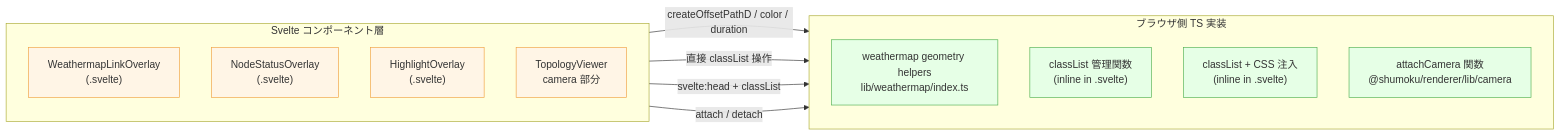
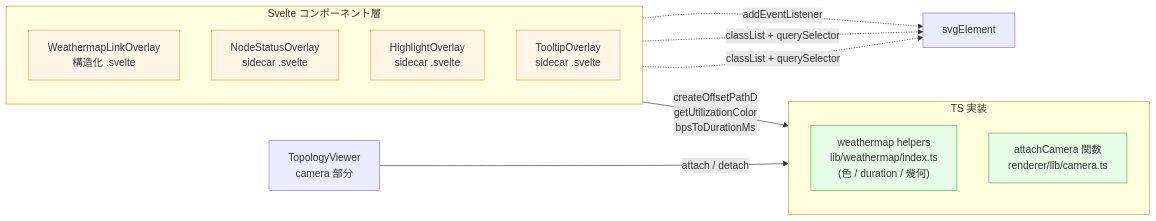
The fourth of 6 diagrams in apps/server/docs/topology-rendering.md (konoe-akitoshi/shumoku), drawn with Mermaid before and after one commit. The commit also changed other lines of this file, not shown here.

````diff
--- a/apps/server/docs/topology-rendering.md
+++ b/apps/server/docs/topology-rendering.md
@@ -247,28 +254,27 @@
 ```mermaid
 flowchart LR
   subgraph SVELTE["Svelte コンポーネント層"]
     direction TB
-    WML["WeathermapLinkOverlay<br/>(.svelte)"]
-    NSO["NodeStatusOverlay<br/>(.svelte)"]
-    HLO["HighlightOverlay<br/>(.svelte)"]
-    TV_CAM["TopologyViewer<br/>camera 部分"]
+    WML["WeathermapLinkOverlay<br/>構造化 .svelte"]
+    NSO["NodeStatusOverlay<br/>sidecar .svelte"]
+    HLO["HighlightOverlay<br/>sidecar .svelte"]
+    TTO["TooltipOverlay<br/>sidecar .svelte"]
   end
 
-  subgraph TS["ブラウザ側 TS 実装"]
+  subgraph HELPERS["TS 実装"]
     direction TB
-    WMG["weathermap geometry helpers<br/>lib/weathermap/index.ts"]
-    NSF["classList 管理関数<br/>(inline in .svelte)"]
-    HLF["classList + CSS 注入<br/>(inline in .svelte)"]
-    CAM["attachCamera 関数<br/>@shumoku/renderer/lib/camera"]
+    WMG["weathermap helpers<br/>lib/weathermap/index.ts<br/>(色 / duration / 幾何)"]
+    CAM["attachCamera 関数<br/>renderer/lib/camera.ts"]
   end
 
-  WML -->|createOffsetPathD / color / duration| WMG
-  NSO -->|直接 classList 操作| NSF
-  HLO -->|svelte:head + classList| HLF
-  TV_CAM -->|attach / detach| CAM
+  WML -->|createOffsetPathD<br/>getUtilizationColor<br/>bpsToDurationMs| WMG
+  TTO -. addEventListener .-> SVG[svgElement]
+  HLO -. classList + querySelector .-> SVG
+  NSO -. classList + querySelector .-> SVG
+  TVCAM[TopologyViewer<br/>camera 部分] -->|attach / detach| CAM
 
   classDef svelte fill:#fff5e6,stroke:#f0a040
   classDef ts fill:#e6ffe6,stroke:#50b050
-  class WML,NSO,HLO,TV_CAM svelte
-  class WMG,NSF,HLF,CAM ts
+  class WML,NSO,HLO,TTO svelte
+  class WMG,CAM ts
 ```
````
